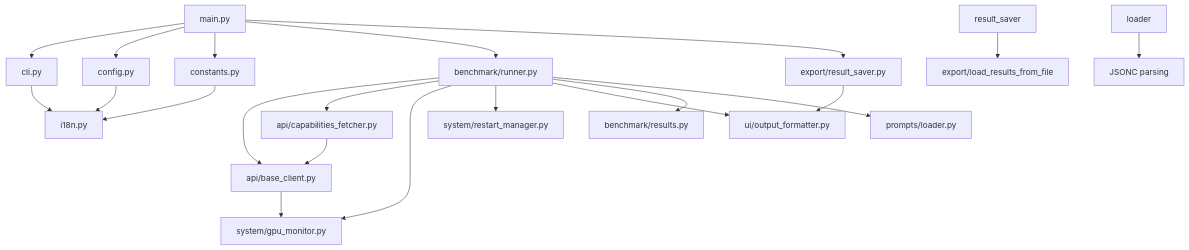
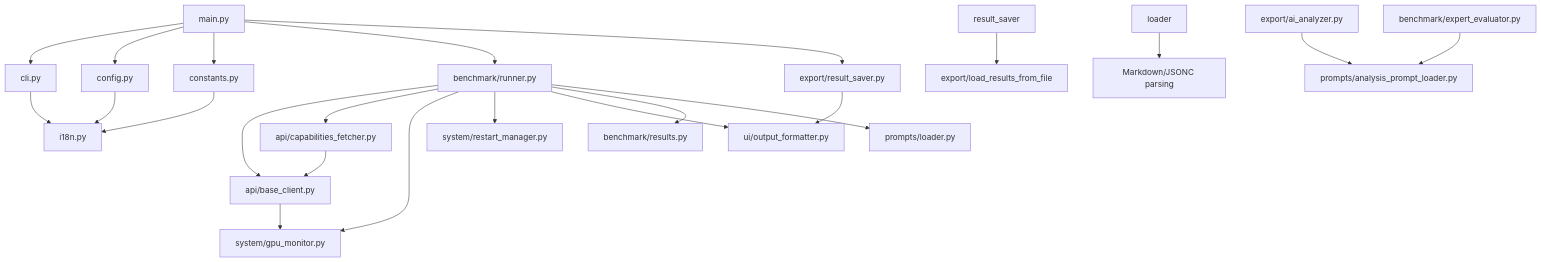
The diagram in README_UA.md (nudykw/roo_bench), drawn with Mermaid before and after one commit. The commit also changed other lines of this file and 15 other files, not shown here.

First line of the commit message:
Add Markdown generation and loading for prompts

````diff
--- a/README_UA.md
+++ b/README_UA.md
@@ -618,27 +691,29 @@
 ```mermaid
 graph TD
     main[main.py] --> cli[cli.py]
     main --> config[config.py]
     main --> constants[constants.py]
     main --> runner[benchmark/runner.py]
     main --> saver[export/result_saver.py]
     
     runner --> ollama_client[api/base_client.py]
     runner --> cap_fetcher[api/capabilities_fetcher.py]
     runner --> gpu_monitor[system/gpu_monitor.py]
     runner --> restart_manager[system/restart_manager.py]
     runner --> output_formatter[ui/output_formatter.py]
     runner --> results[benchmark/results.py]
     runner --> prompt_loader[prompts/loader.py]
     
     ollama_client --> gpu_monitor
     cap_fetcher --> ollama_client
     saver --> output_formatter
     result_saver --> load_results[export/load_results_from_file]
     
     cli --> i18n[i18n.py]
     config --> i18n
     constants --> i18n
     
-    loader --> jsonc[JSONC parsing]
+    loader --> md_or_jsonc[Markdown/JSONC parsing]
+    analysis_prompt_loader[export/ai_analyzer.py] --> analysis_loader[prompts/analysis_prompt_loader.py]
+    expert_evaluator[benchmark/expert_evaluator.py] --> analysis_loader
 ```
````
